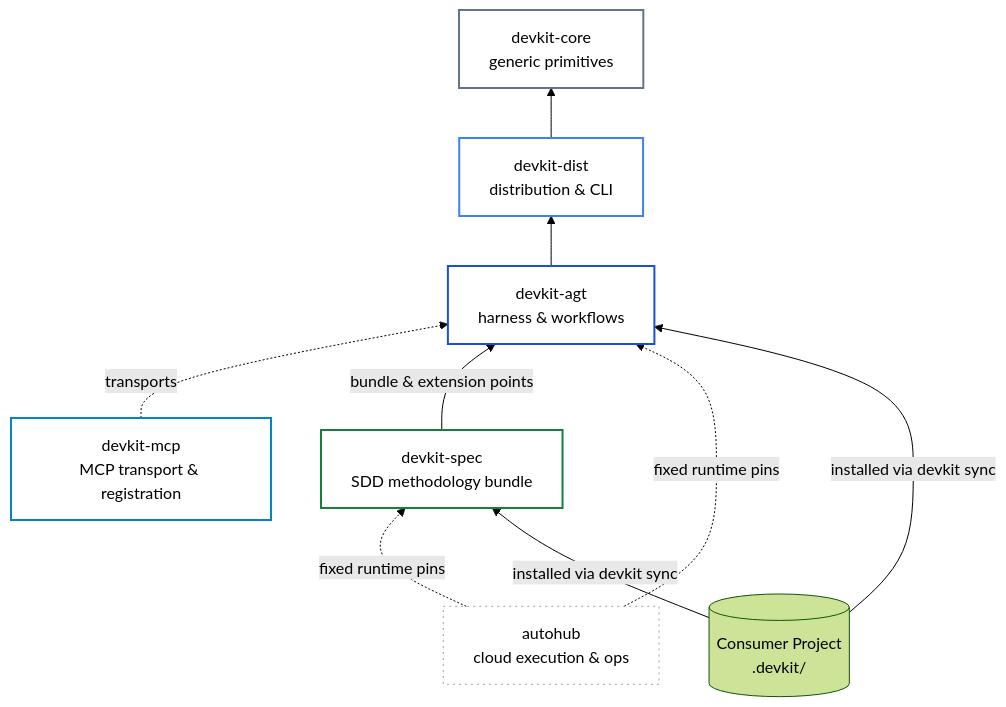
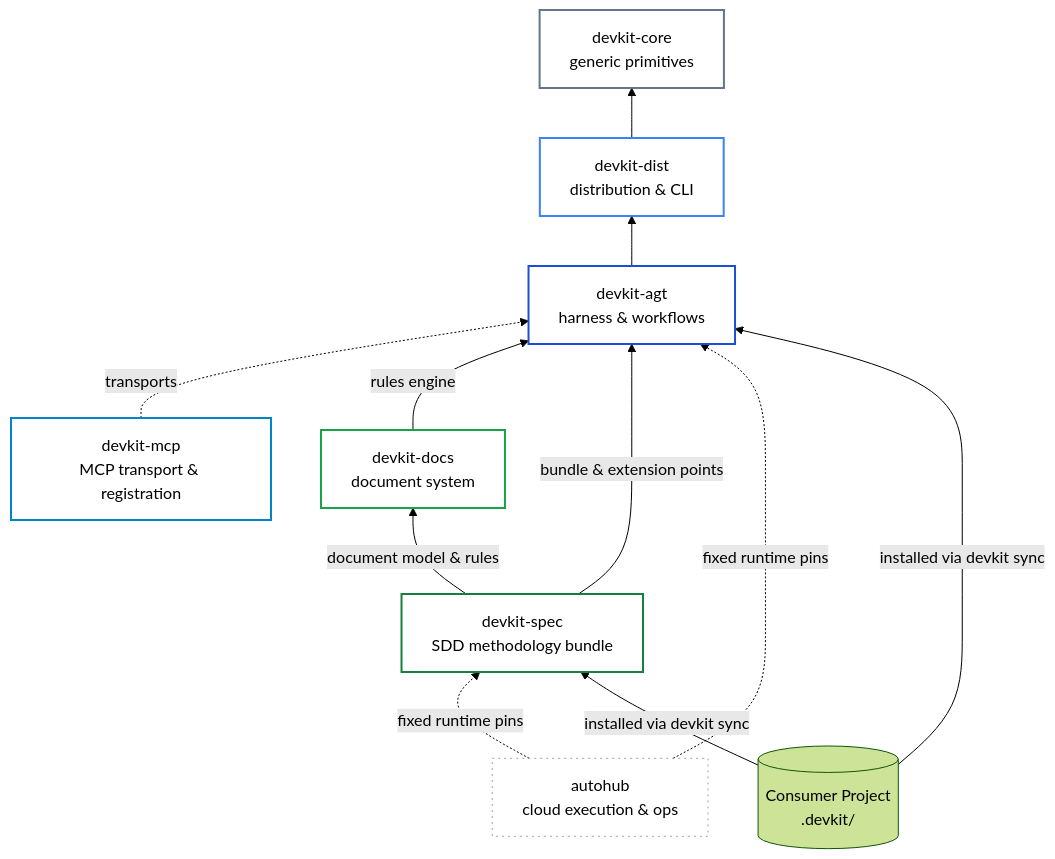
Before and after one commit to mjkimR/devkit: the diagram in docs/architecture/ARCH-04-1-ecosystem-boundaries.md, drawn with Mermaid (forest theme). The commit also changed other lines of this file and 39 other files, not shown here.

````diff
--- a/docs/architecture/ARCH-04-1-ecosystem-boundaries.md
+++ b/docs/architecture/ARCH-04-1-ecosystem-boundaries.md
@@ -21,26 +21,30 @@
 ```mermaid
 flowchart BT
     DKC["devkit-core<br/>generic primitives"]
     DKD["devkit-dist<br/>distribution & CLI"]
     DKA["devkit-agt<br/>harness & workflows"]
     DKM["devkit-mcp<br/>MCP transport & registration"]
+    DKO["devkit-docs<br/>document system"]
     DKS["devkit-spec<br/>SDD methodology bundle"]
     AH["autohub<br/>cloud execution & ops"]
     PRJ[(Consumer Project<br/>.devkit/)]
 
     DKD --> DKC
     DKA --> DKD
     DKM -.->|transports| DKA
+    DKO -->|rules engine| DKA
+    DKS -->|document model & rules| DKO
     DKS -->|bundle & extension points| DKA
     AH -.->|fixed runtime pins| DKS
     AH -.->|fixed runtime pins| DKA
     PRJ -->|installed via devkit sync| DKS
     PRJ -->|installed via devkit sync| DKA
 
     style DKC fill:none,stroke:#64748b,stroke-width:2px
     style DKD fill:none,stroke:#3b82f6,stroke-width:2px
     style DKA fill:none,stroke:#1d4ed8,stroke-width:2px
     style DKM fill:none,stroke:#0284c7,stroke-width:2px
+    style DKO fill:none,stroke:#16a34a,stroke-width:2px
     style DKS fill:none,stroke:#15803d,stroke-width:2px
     style AH fill:none,stroke:#9ca3af,stroke-dasharray:2 4
 ```
````
